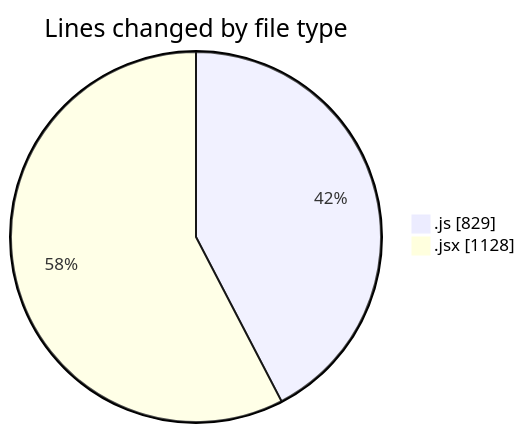
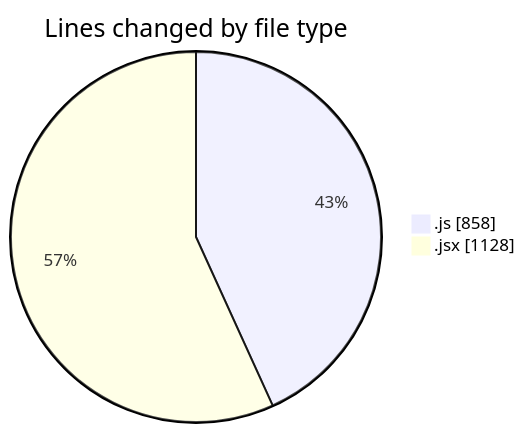
The first of 2 diagrams in 2025-12-26/nxtqube_webapp/README.md (nxtqubesakshisongat/code-tracking), drawn with Mermaid before and after one commit. The commit also changed other lines of this file and 1 other file, not shown here.

````diff
--- a/2025-12-26/nxtqube_webapp/README.md
+++ b/2025-12-26/nxtqube_webapp/README.md
@@ -24,6 +24,6 @@
 ```mermaid
 pie showData
 title Lines changed by file type
-".js" : 829
+".js" : 858
 ".jsx" : 1128
 ```
````
